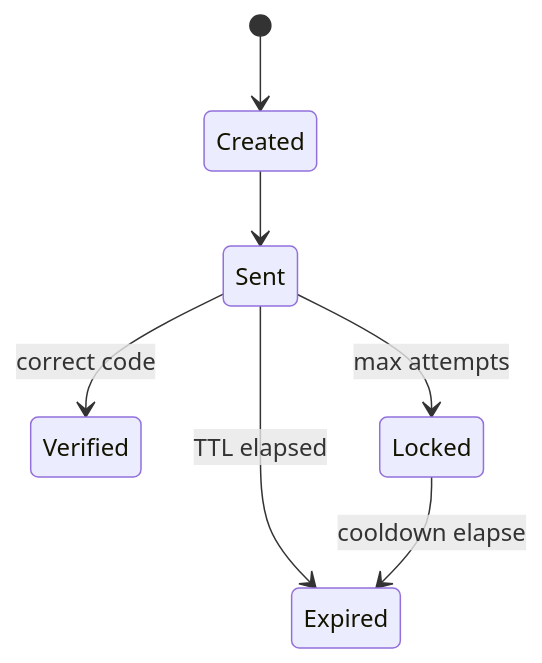
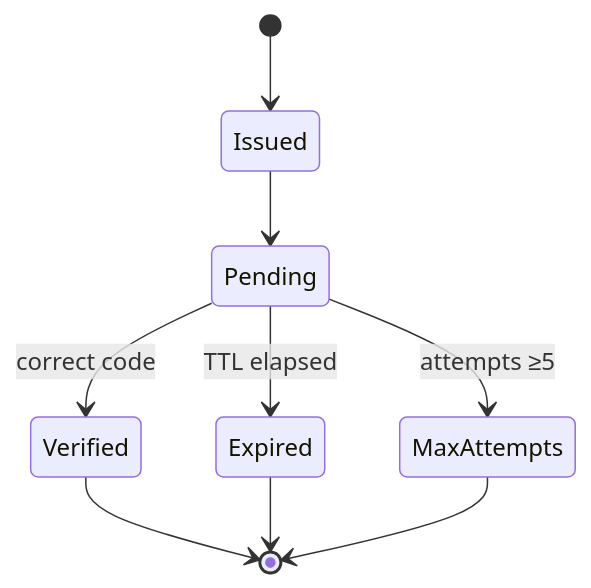
One commit to rasikasrimal/Heartlytics changed the third of 3 diagrams in docs/forget_password.md. Above: the diagram before and after it, drawn with Mermaid. The commit also changed other lines of this file and 4 other files, not shown here.

Commit message:
docs: consolidate security guidance and update reset flow

````diff
--- a/docs/forget_password.md
+++ b/docs/forget_password.md
@@ -197,9 +81,11 @@
 ```mermaid
 stateDiagram-v2
-  [*] --> Created
-  Created --> Sent
-  Sent --> Verified: correct code
-  Sent --> Expired: TTL elapsed
-  Sent --> Locked: max attempts
-  Locked --> Expired: cooldown elapse
+  [*] --> Issued
+  Issued --> Pending
+  Pending --> Verified: correct code
+  Pending --> Expired: TTL elapsed
+  Pending --> MaxAttempts: attempts ≥5
+  Verified --> [*]
+  Expired --> [*]
+  MaxAttempts --> [*]
 ```
````
